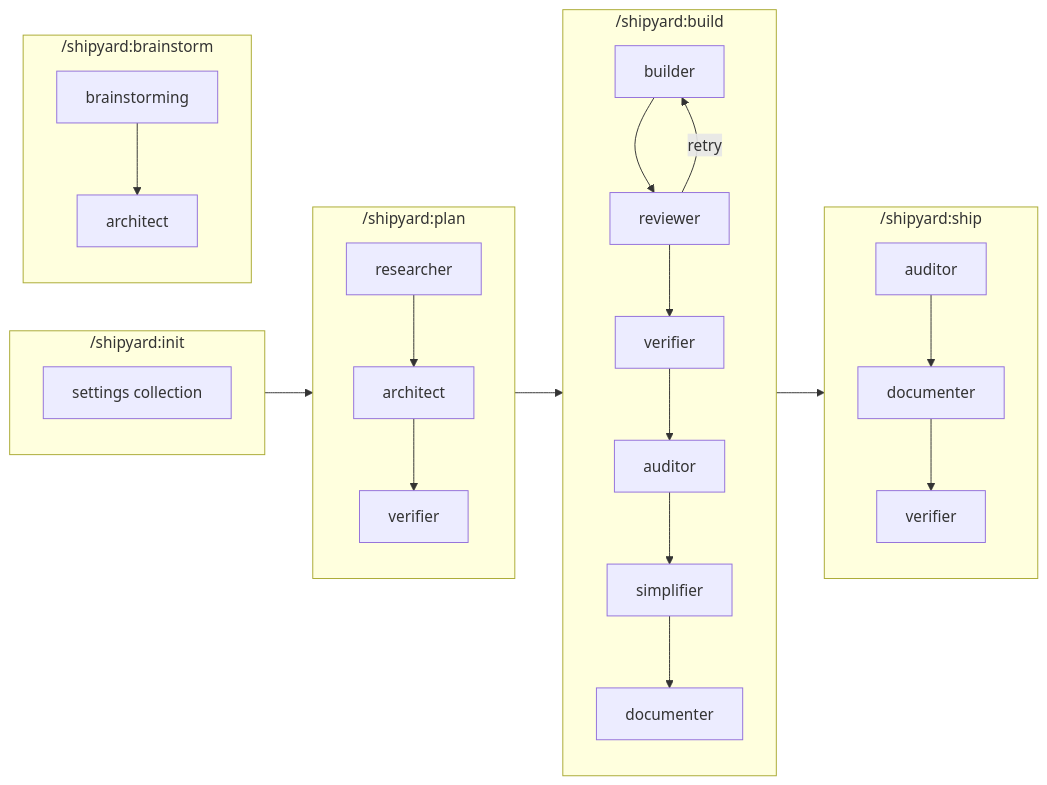
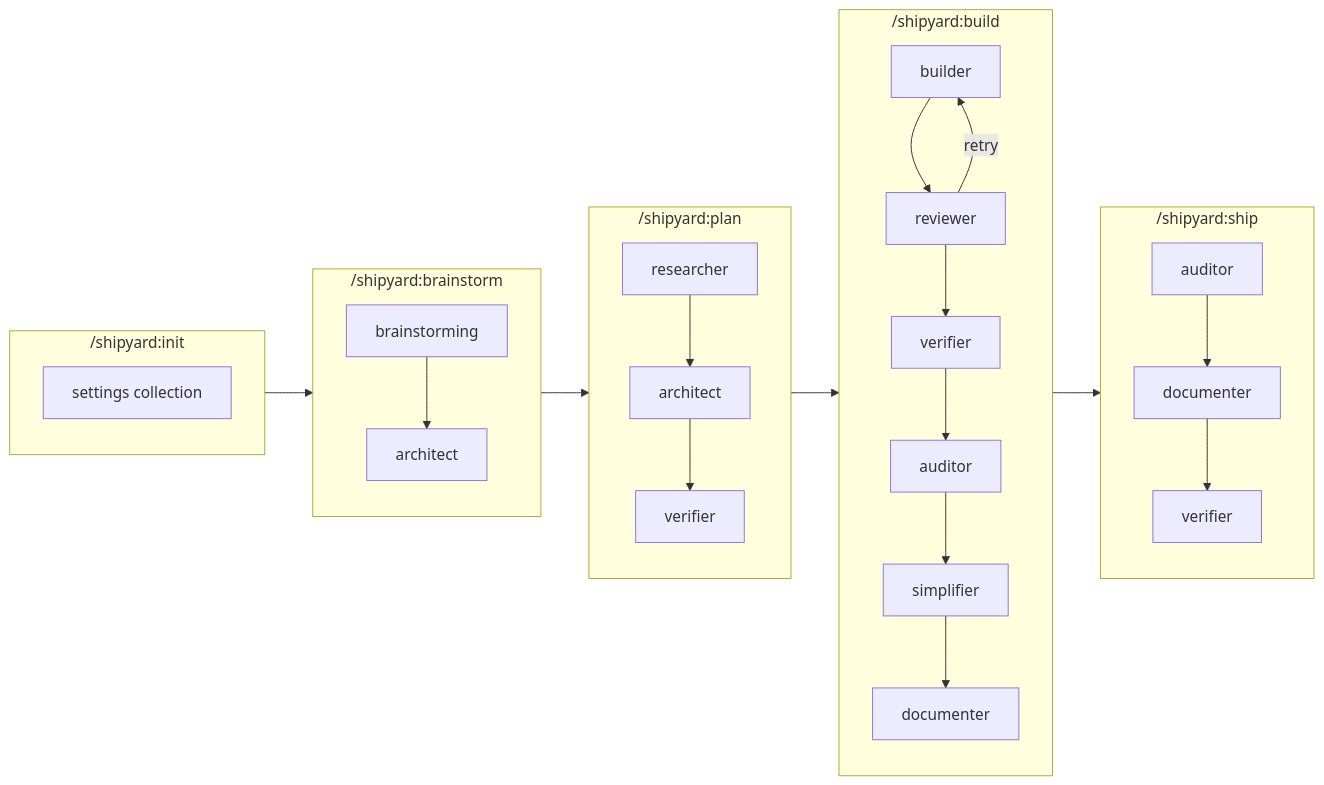
The diagram in docs/AGENT-GUIDE.md (lgbarn/shipyard), drawn with Mermaid before and after one commit. The commit also changed other lines of this file and 28 other files, not shown here.

````diff
--- a/docs/AGENT-GUIDE.md
+++ b/docs/AGENT-GUIDE.md
@@ -29,26 +29,26 @@
 ```mermaid
 graph LR
     subgraph init ["/shipyard:init"]
         S[settings collection]
     end
     subgraph brainstorm ["/shipyard:brainstorm"]
         BR[brainstorming] --> A0[architect]
     end
     subgraph plan ["/shipyard:plan"]
         R[researcher] --> A2[architect]
         A2 --> V1[verifier]
     end
     subgraph build ["/shipyard:build"]
         BU[builder] --> RV[reviewer]
         RV -->|retry| BU
         RV --> V2[verifier]
         V2 --> AU[auditor]
         AU --> SI[simplifier]
         SI --> DO[documenter]
     end
     subgraph ship ["/shipyard:ship"]
         AU2[auditor] --> DO2[documenter]
         DO2 --> V3[verifier]
     end
-    init --> plan --> build --> ship
+    init --> brainstorm --> plan --> build --> ship
 ```
````
